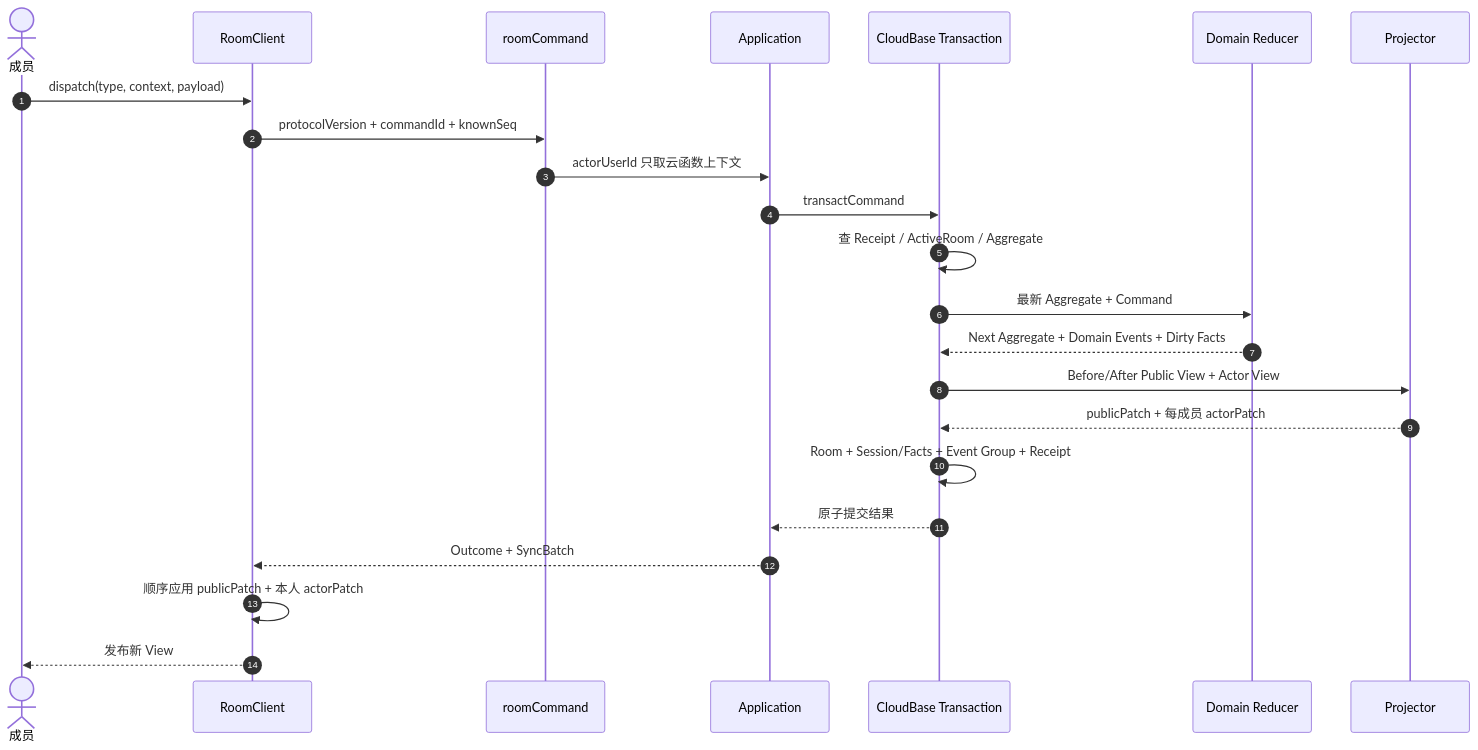
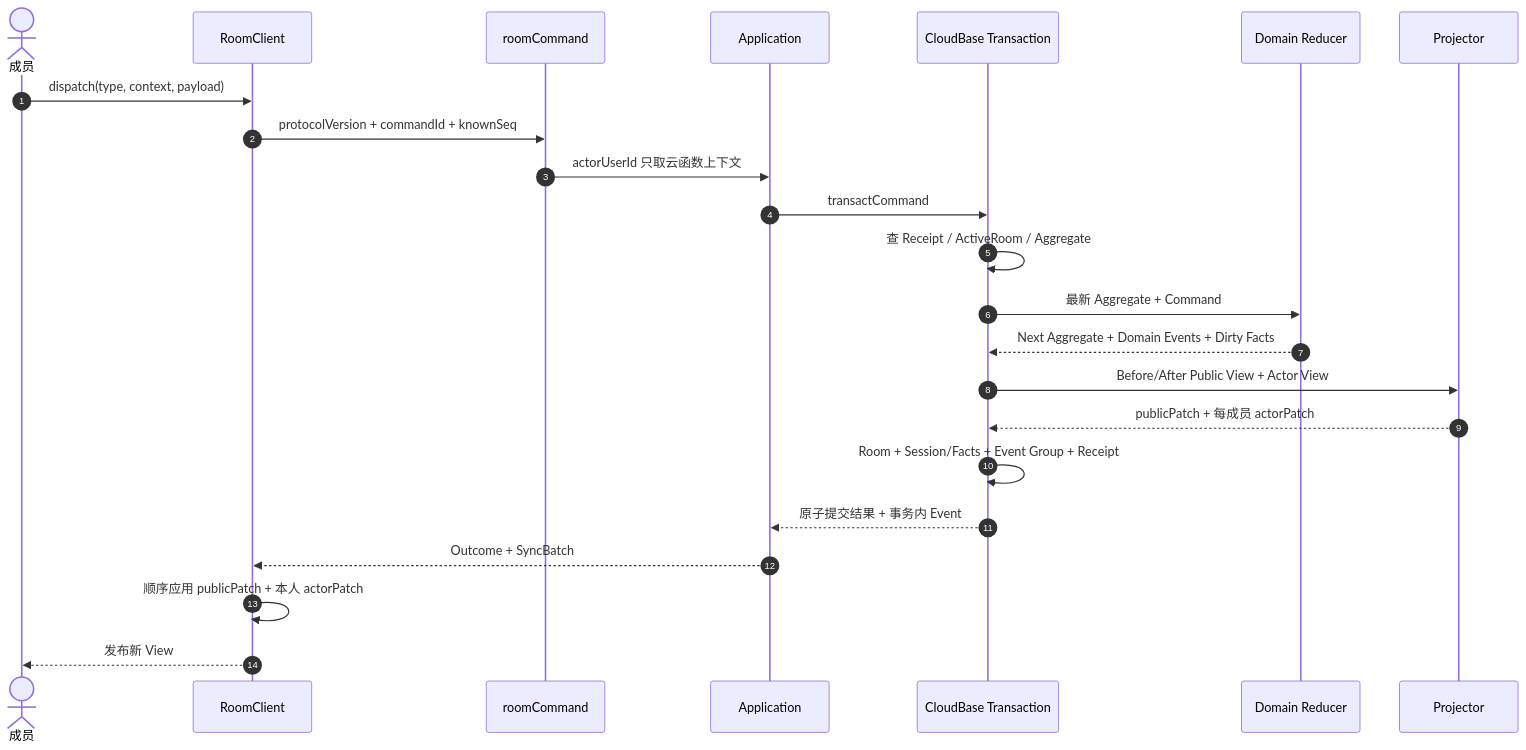
One commit to Bubble-419/cardboard-miniprogram changed the seventh of 22 diagrams in docs/ROOM_PROTOCOL_V3_IMPLEMENTATION.md. Above: the diagram before and after it, drawn with Mermaid. The commit also changed other lines of this file and 25 other files, not shown here.

````diff
--- a/docs/ROOM_PROTOCOL_V3_IMPLEMENTATION.md
+++ b/docs/ROOM_PROTOCOL_V3_IMPLEMENTATION.md
@@ -226,26 +226,26 @@
 ```mermaid
 sequenceDiagram
   autonumber
   actor U as 成员
   participant C as RoomClient
   participant F as roomCommand
   participant A as Application
   participant T as CloudBase Transaction
   participant D as Domain Reducer
   participant P as Projector
 
   U->>C: dispatch(type, context, payload)
   C->>F: protocolVersion + commandId + knownSeq
   F->>A: actorUserId 只取云函数上下文
   A->>T: transactCommand
   T->>T: 查 Receipt / ActiveRoom / Aggregate
   T->>D: 最新 Aggregate + Command
   D-->>T: Next Aggregate + Domain Events + Dirty Facts
   T->>P: Before/After Public View + Actor View
   P-->>T: publicPatch + 每成员 actorPatch
   T->>T: Room + Session/Facts + Event Group + Receipt
-  T-->>A: 原子提交结果
+  T-->>A: 原子提交结果 + 事务内 Event
   A-->>C: Outcome + SyncBatch
   C->>C: 顺序应用 publicPatch + 本人 actorPatch
   C-->>U: 发布新 View
 ```
````
